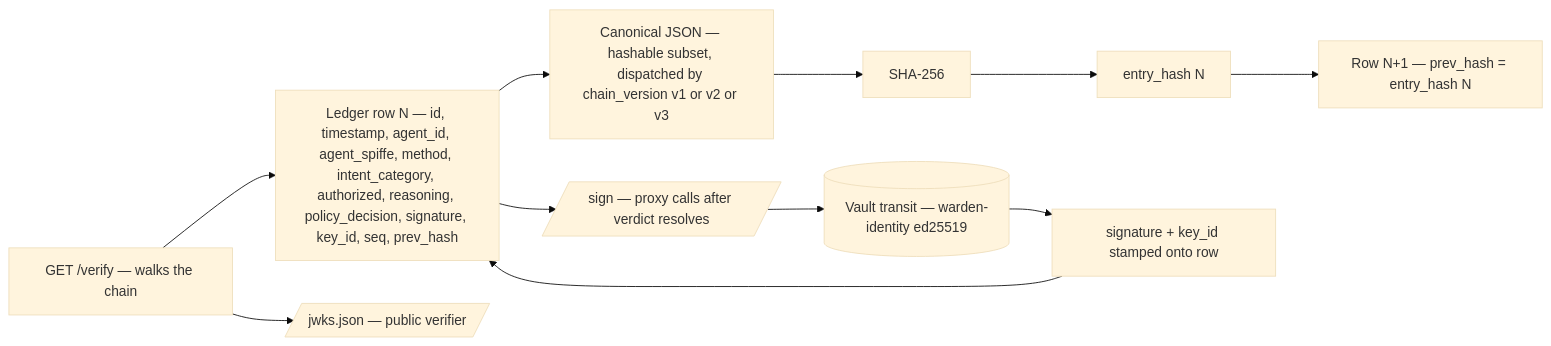
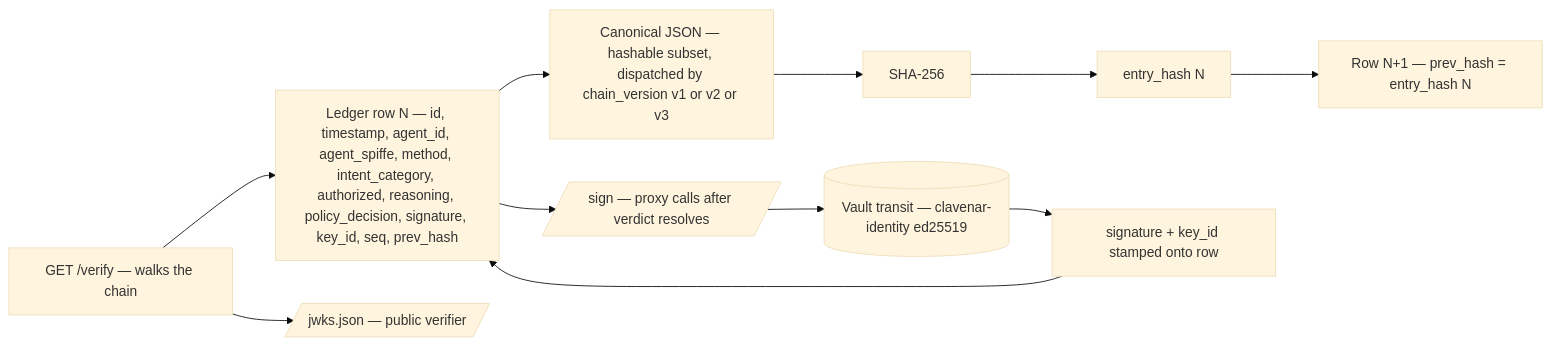
The first of 2 diagrams in TECH_SPEC.md (clavenar/clavenar-specs), drawn with Mermaid (base theme) before and after one commit. The commit also changed other lines of this file and 7 other files, not shown here.

First line of the commit message:
rename product Agent Warden → Clavenar

````diff
--- a/TECH_SPEC.md
+++ b/TECH_SPEC.md
@@ -176,20 +176,20 @@
 ```mermaid
 flowchart LR
   Row[Ledger row N — id, timestamp, agent_id, agent_spiffe, method, intent_category, authorized, reasoning, policy_decision, signature, key_id, seq, prev_hash]
   Hashable[Canonical JSON — hashable subset, dispatched by chain_version v1 or v2 or v3]
   Hash[SHA-256]
   Entry[entry_hash N]
   Next[Row N+1 — prev_hash = entry_hash N]
 
-  Vault[(Vault transit — warden-identity ed25519)]
+  Vault[(Vault transit — clavenar-identity ed25519)]
   Sign[/sign — proxy calls after verdict resolves/]
   Sig[signature + key_id stamped onto row]
 
   Verify[GET /verify — walks the chain]
   JWKS[/jwks.json — public verifier/]
 
   Row --> Hashable --> Hash --> Entry --> Next
   Row --> Sign --> Vault --> Sig --> Row
   Verify --> Row
   Verify --> JWKS
 ```
````
